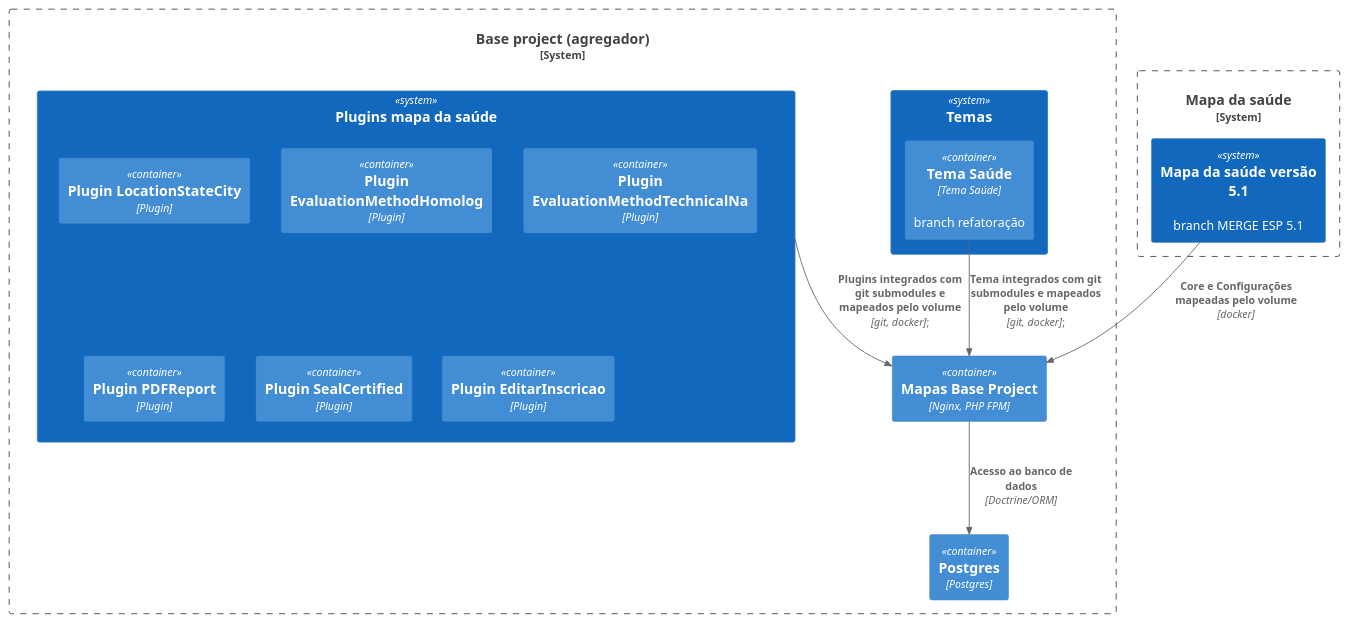
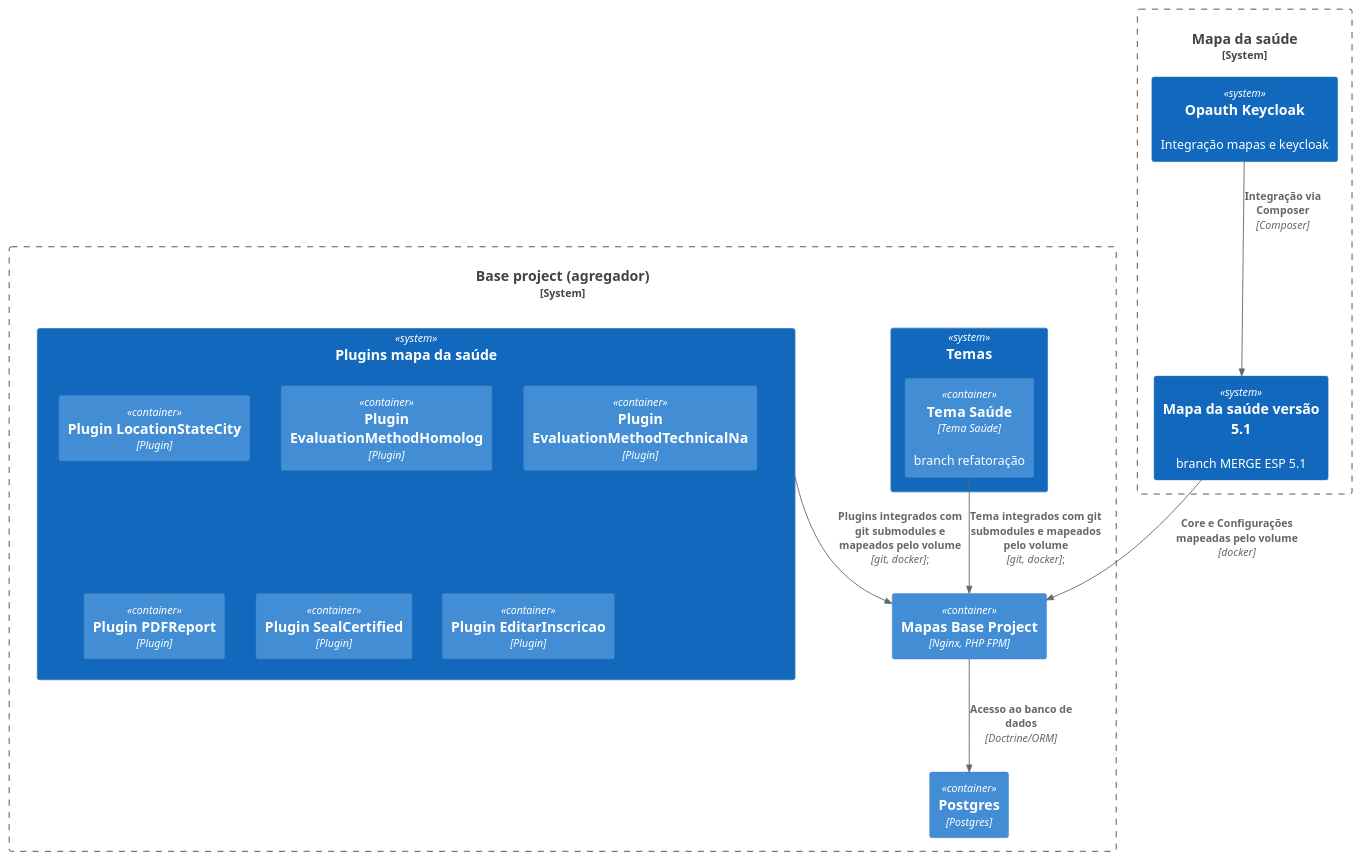
One commit to EscolaDeSaudePublica/mapadasaude-arquitetura changed the diagram in atual.plantuml. Above: the diagram before and after it, drawn with PlantUML. The commit also changed 2 other files, not shown here.

```diff
--- a/atual.plantuml
+++ b/atual.plantuml
@@ -1,34 +1,36 @@
 @startuml Atual
 !include https://raw.githubusercontent.com/plantuml-stdlib/C4-PlantUML/master/C4_Container.puml
 
 System_Boundary(agregador, "Base project (agregador)") {
     Container(postgres, "Postgres", "Postgres")
     Container(baseproject, "Mapas Base Project", "Nginx, PHP FPM")
 
 
     System(plugins, "Plugins mapa da saúde") {
         Container(pluginLocationStateCity, "Plugin LocationStateCity", "Plugin")
         Container(pluginEvaluationMethodHomolog, "Plugin EvaluationMethodHomolog", "Plugin")
         Container(pluginEvaluationMethodTechnicalNa, "Plugin EvaluationMethodTechnicalNa", "Plugin")
         Container(pluginPDFReport, "Plugin PDFReport", "Plugin")
         Container(SealCertified, "Plugin SealCertified", "Plugin")
         Container(EditarInscricao, "Plugin EditarInscricao", "Plugin")
     }
 
     System(temas, "Temas") {
         Container(temasaude, "Tema Saúde", "Tema Saúde", "branch refatoração")
     }
 }
 
 System_Boundary(mapadasaude, "Mapa da saúde") {
     System(mapadasaudev51, "Mapa da saúde versão 5.1", "branch MERGE ESP 5.1")
+    System(opauthkeycloak, "Opauth Keycloak", "Integração mapas e keycloak")
 }
 
 
 
 Rel(plugins, baseproject, "Plugins integrados com git submodules e mapeados pelo volume", "git, docker");
 Rel(temasaude, baseproject, "Tema integrados com git submodules e mapeados pelo volume", "git, docker");
 Rel(mapadasaudev51, baseproject, "Core e Configurações mapeadas pelo volume", "docker")
 Rel(baseproject, postgres, "Acesso ao banco de dados", "Doctrine/ORM")
+Rel(opauthkeycloak, mapadasaudev51, "Integração via Composer", "Composer")
 
 @enduml
```
